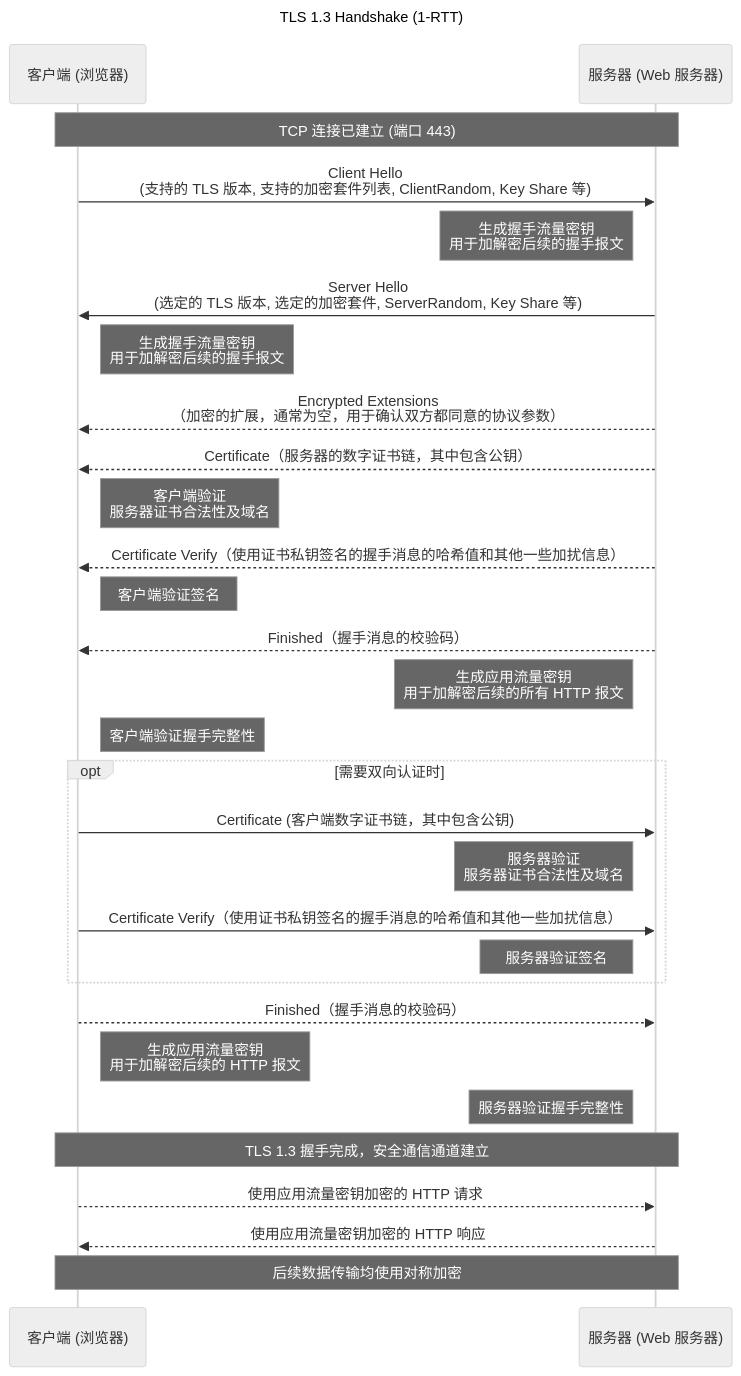
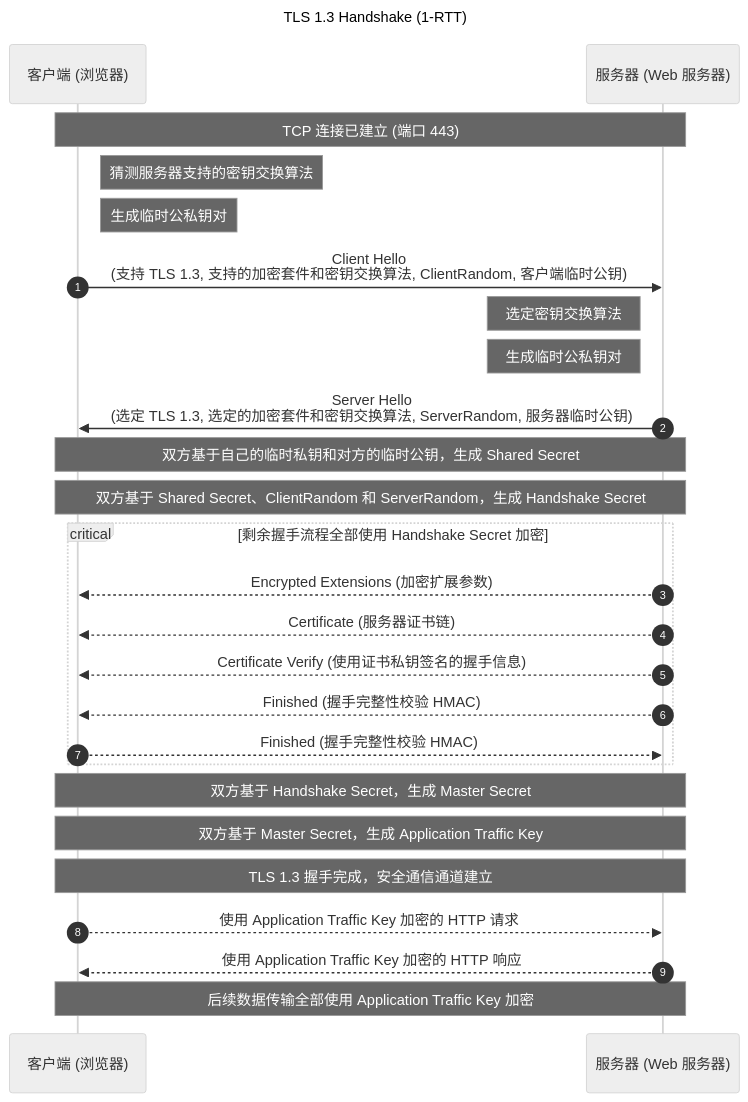
One commit to ReAllTh/memo changed the second of 2 diagrams in _posts/2024-01-07-CNSUM.md. Above: the diagram before and after it, drawn with Mermaid (neutral theme). The commit also changed other lines of this file, not shown here.

````diff
--- a/_posts/2024-01-07-CNSUM.md
+++ b/_posts/2024-01-07-CNSUM.md
@@ -234,37 +222,34 @@
 ```mermaid
 sequenceDiagram
+    autonumber
     participant C as 客户端 (浏览器)
     participant S as 服务器 (Web 服务器)
 
     title TLS 1.3 Handshake (1-RTT)
 
     Note over C,S: TCP 连接已建立 (端口 443)
-    C->>S: Client Hello<br/>(支持的 TLS 版本, 支持的加密套件列表, ClientRandom, Key Share 等)
-    Note left of S: 生成握手流量密钥<br/>用于加解密后续的握手报文
-    S->>C: Server Hello<br/>(选定的 TLS 版本, 选定的加密套件, ServerRandom, Key Share 等)
-    Note right of C: 生成握手流量密钥<br/>用于加解密后续的握手报文
-    S-->>C: Encrypted Extensions<br/>（加密的扩展，通常为空，用于确认双方都同意的协议参数）
-    S-->>C: Certificate（服务器的数字证书链，其中包含公钥）
-    Note right of C: 客户端验证<br/>服务器证书合法性及域名
-    S-->>C: Certificate Verify（使用证书私钥签名的握手消息的哈希值和其他一些加扰信息）
-    Note right of C: 客户端验证签名
-    S-->>C: Finished（握手消息的校验码）
-    Note left of S: 生成应用流量密钥<br/>用于加解密后续的所有 HTTP 报文
-    Note right of C: 客户端验证握手完整性
+    Note right of C: 猜测服务器支持的密钥交换算法
+    Note right of C: 生成临时公私钥对
+    C->>S: Client Hello<br/>(支持 TLS 1.3, 支持的加密套件和密钥交换算法, ClientRandom, 客户端临时公钥)
+    Note left of S: 选定密钥交换算法
+    Note left of S: 生成临时公私钥对
+    S->>C: Server Hello<br/>(选定 TLS 1.3, 选定的加密套件和密钥交换算法,  ServerRandom, 服务器临时公钥)
 
-    opt 需要双向认证时
-        C->>S: Certificate (客户端数字证书链，其中包含公钥)
-        Note left of S: 服务器验证<br/>服务器证书合法性及域名
-        C->>S: Certificate Verify（使用证书私钥签名的握手消息的哈希值和其他一些加扰信息）
-        Note left of S: 服务器验证签名
+    Note over C,S: 双方基于自己的临时私钥和对方的临时公钥，生成 Shared Secret
+    Note over C,S: 双方基于 Shared Secret、ClientRandom 和 ServerRandom，生成 Handshake Secret
+
+    critical 剩余握手流程全部使用 Handshake Secret 加密
+        S-->>C: Encrypted Extensions (加密扩展参数)
+        S-->>C: Certificate (服务器证书链)
+        S-->>C: Certificate Verify (使用证书私钥签名的握手信息)
+        S-->>C: Finished (握手完整性校验 HMAC)
+        C-->>S: Finished (握手完整性校验 HMAC)
     end
+    Note over C,S: 双方基于 Handshake Secret，生成 Master Secret
+    Note over C,S: 双方基于 Master Secret，生成 Application Traffic Key
+    Note over C,S: TLS 1.3 握手完成，安全通信通道建立
 
-    C-->>S: Finished（握手消息的校验码）
-    Note right of C: 生成应用流量密钥<br/>用于加解密后续的 HTTP 报文
-    Note left of S: 服务器验证握手完整性
-    
-    Note over C,S: TLS 1.3 握手完成，安全通信通道建立
-    C-->>S: 使用应用流量密钥加密的 HTTP 请求
-    S-->>C: 使用应用流量密钥加密的 HTTP 响应
-    Note over C,S: 后续数据传输均使用对称加密
+    C-->>S: 使用 Application Traffic Key 加密的 HTTP 请求
+    S-->>C: 使用 Application Traffic Key 加密的 HTTP 响应
+    Note over C,S: 后续数据传输全部使用 Application Traffic Key 加密
 ```
````
